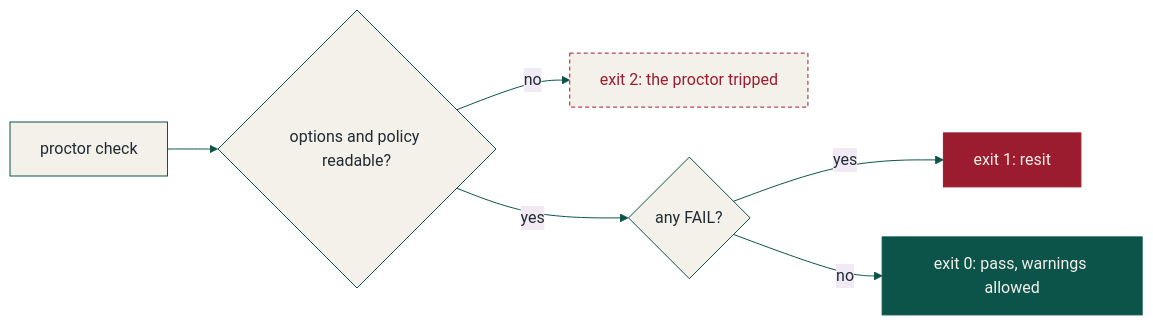
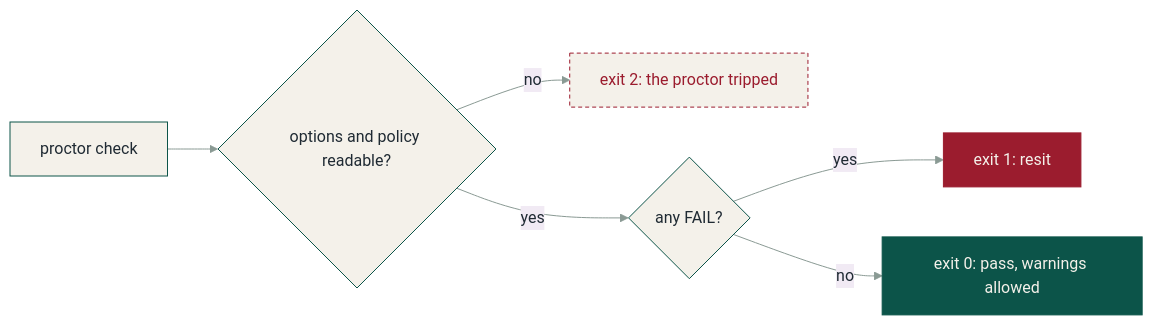
The diagram in README.md (waynestate/proctor), drawn with Mermaid before and after one commit. The commit also changed other lines of this file, not shown here.

Commit message:
README: drop the paper divider (a bright bar in dark mode); readable mermaid lines in both themes

````diff
--- a/README.md
+++ b/README.md
@@ -95,15 +93,15 @@
 ```mermaid
-%%{init: {'theme':'base','themeVariables':{'fontFamily':'ui-monospace, Consolas, Menlo, monospace','primaryColor':'#F4F1EA','primaryTextColor':'#1f2a33','primaryBorderColor':'#0C5449','lineColor':'#0C5449'}}}%%
+%%{init: {'theme':'base','themeVariables':{'fontFamily':'Helvetica, Arial, sans-serif','primaryColor':'#F4F1EA','primaryTextColor':'#1f2a33','primaryBorderColor':'#0C5449','lineColor':'#8A9A94'}}}%%
 flowchart LR
   run["proctor check"] --> ok{"options and policy readable?"}
   ok -- no --> two["exit 2: the proctor tripped"]
   ok -- yes --> fails{"any FAIL?"}
   fails -- yes --> one["exit 1: resit"]
   fails -- no --> zero["exit 0: pass, warnings allowed"]
   classDef pass fill:#0C5449,stroke:#0C5449,color:#F4F1EA
   classDef fail fill:#9B1C2E,stroke:#9B1C2E,color:#F4F1EA
   classDef trip fill:#F4F1EA,stroke:#9B1C2E,color:#9B1C2E,stroke-dasharray:4 3
   class zero pass
   class one fail
   class two trip
 ```
````
